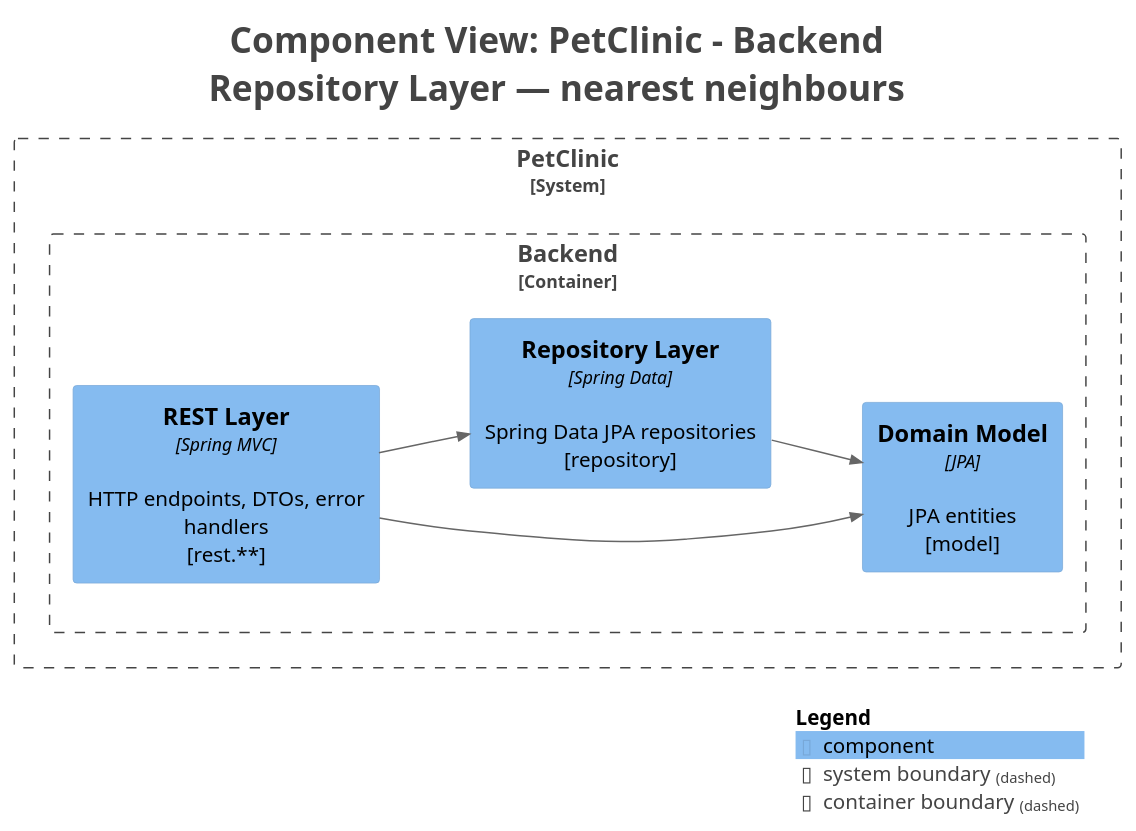
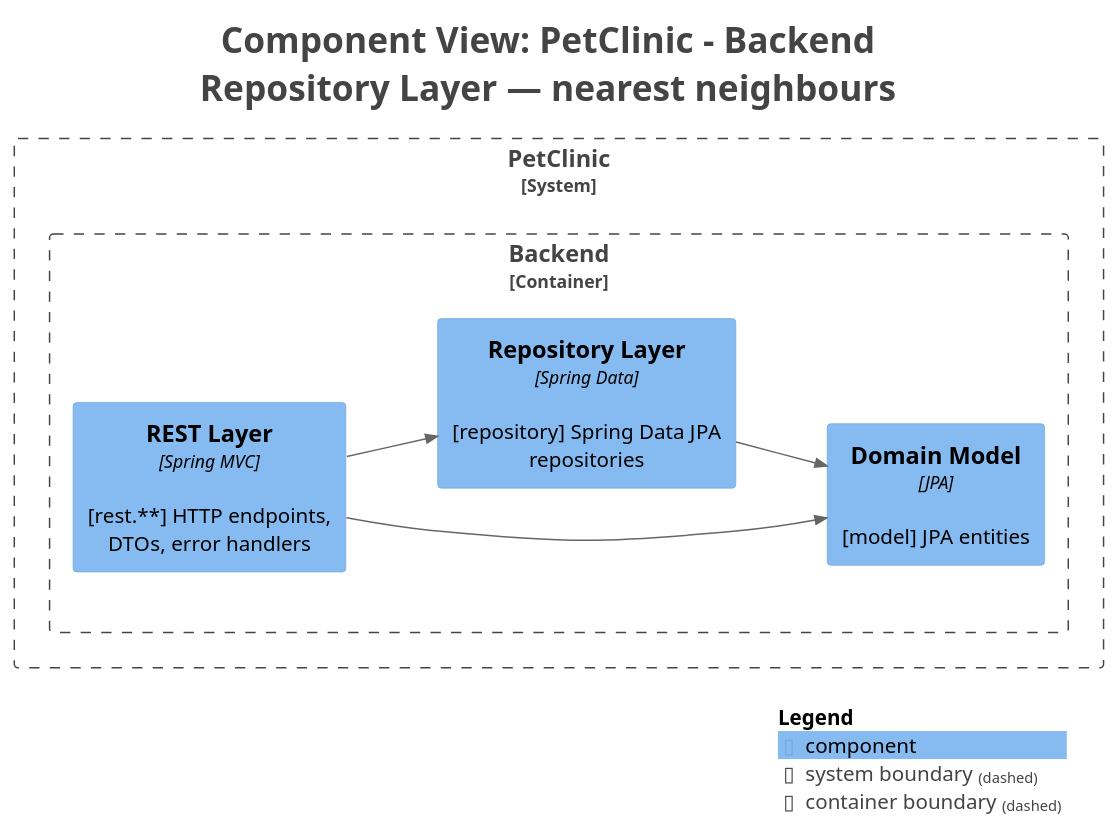
One commit to victorrentea/petclinic changed the diagram in petclinic-backend/docs/generated/c4views/C3-Repository.puml. Above: the diagram before and after it, drawn with PlantUML. The commit also changed 4 other files, not shown here.

```diff
--- a/petclinic-backend/docs/generated/c4views/C3-Repository.puml
+++ b/petclinic-backend/docs/generated/c4views/C3-Repository.puml
@@ -1,33 +1,33 @@
 @startuml
 title <size:24>Component View: PetClinic - Backend</size>\n<size:24>Repository Layer — nearest neighbours</size>
 
 set separator none
 left to right direction
 
 <style>
   root {
     BackgroundColor: #ffffff
     FontColor: #444444
   }
 </style>
 
 !include <C4/C4>
 !include <C4/C4_Context>
 !include <C4/C4_Component>
 
 System_Boundary("PetClinic_boundary", "PetClinic", $tags="") {
   Container_Boundary("PetClinic.Backend_boundary", "Backend", $tags="") {
-    Component(PetClinic.Backend.RESTLayer, "REST Layer", $techn="Spring MVC", $descr="HTTP endpoints, DTOs, error handlers\n[rest.**]", $tags="", $link="")
-    Component(PetClinic.Backend.DomainModel, "Domain Model", $techn="JPA", $descr="JPA entities\n[model]", $tags="", $link="")
-    Component(PetClinic.Backend.RepositoryLayer, "Repository Layer", $techn="Spring Data", $descr="Spring Data JPA repositories\n[repository]", $tags="", $link="")
+    Component(PetClinic.Backend.RESTLayer, "REST Layer", $techn="Spring MVC", $descr="[rest.**] HTTP endpoints, DTOs, error handlers", $tags="", $link="")
+    Component(PetClinic.Backend.DomainModel, "Domain Model", $techn="JPA", $descr="[model] JPA entities", $tags="", $link="")
+    Component(PetClinic.Backend.RepositoryLayer, "Repository Layer", $techn="Spring Data", $descr="[repository] Spring Data JPA repositories", $tags="", $link="")
   }
 
 }
 
 Rel(PetClinic.Backend.RESTLayer, PetClinic.Backend.DomainModel, "", $techn="", $tags="", $link="")
 Rel(PetClinic.Backend.RESTLayer, PetClinic.Backend.RepositoryLayer, "", $techn="", $tags="", $link="")
 Rel(PetClinic.Backend.RepositoryLayer, PetClinic.Backend.DomainModel, "", $techn="", $tags="", $link="")
 
 SHOW_LEGEND(true)
 hide stereotypes
 @enduml
```
